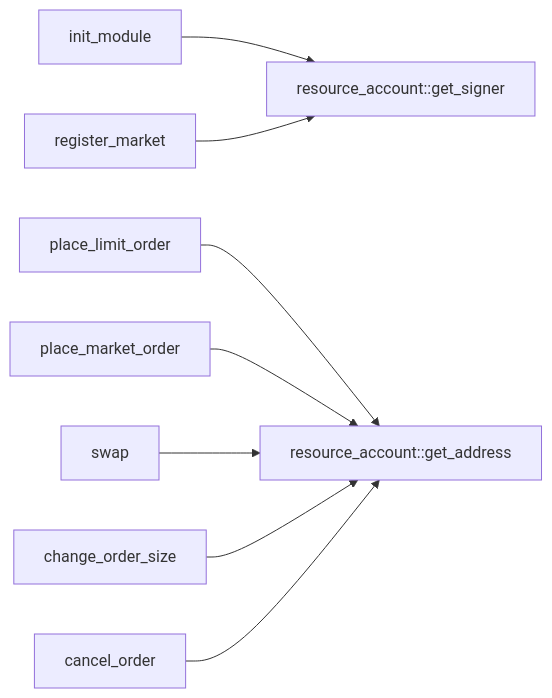
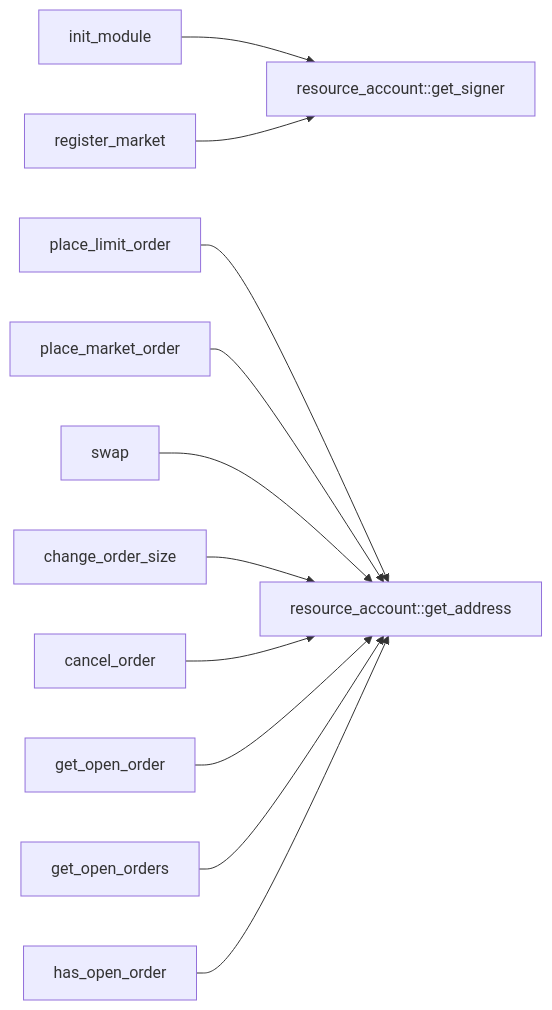
One commit to econia-labs/econia changed the eighth of 9 diagrams in src/move/econia/doc/market.md. Above: the diagram before and after it, drawn with Mermaid. The commit also changed other lines of this file and 7 other files, not shown here.

````diff
--- a/src/move/econia/doc/market.md
+++ b/src/move/econia/doc/market.md
@@ -406,19 +412,25 @@
 ``` mermaid
 
 flowchart LR
 
 init_module --> resource_account::get_signer
 
 register_market --> resource_account::get_signer
 
 place_limit_order --> resource_account::get_address
 
 place_market_order --> resource_account::get_address
 
 swap --> resource_account::get_address
 
 change_order_size --> resource_account::get_address
 
 cancel_order --> resource_account::get_address
 
+get_open_order --> resource_account::get_address
+
+get_open_orders --> resource_account::get_address
+
+has_open_order --> resource_account::get_address
+
 ```
````
